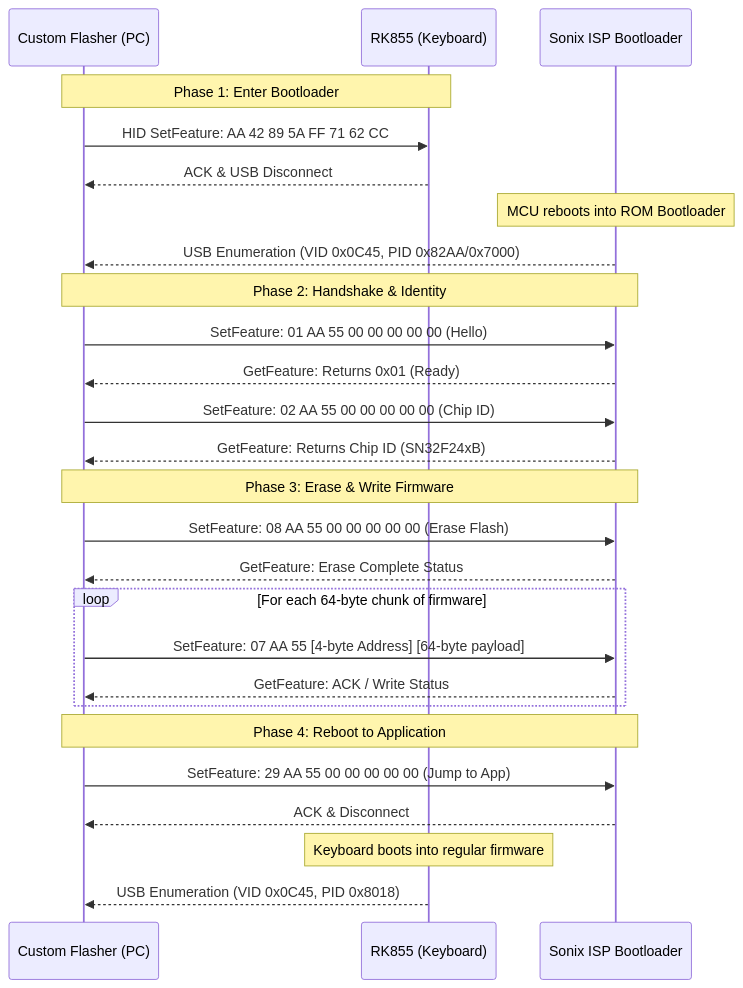
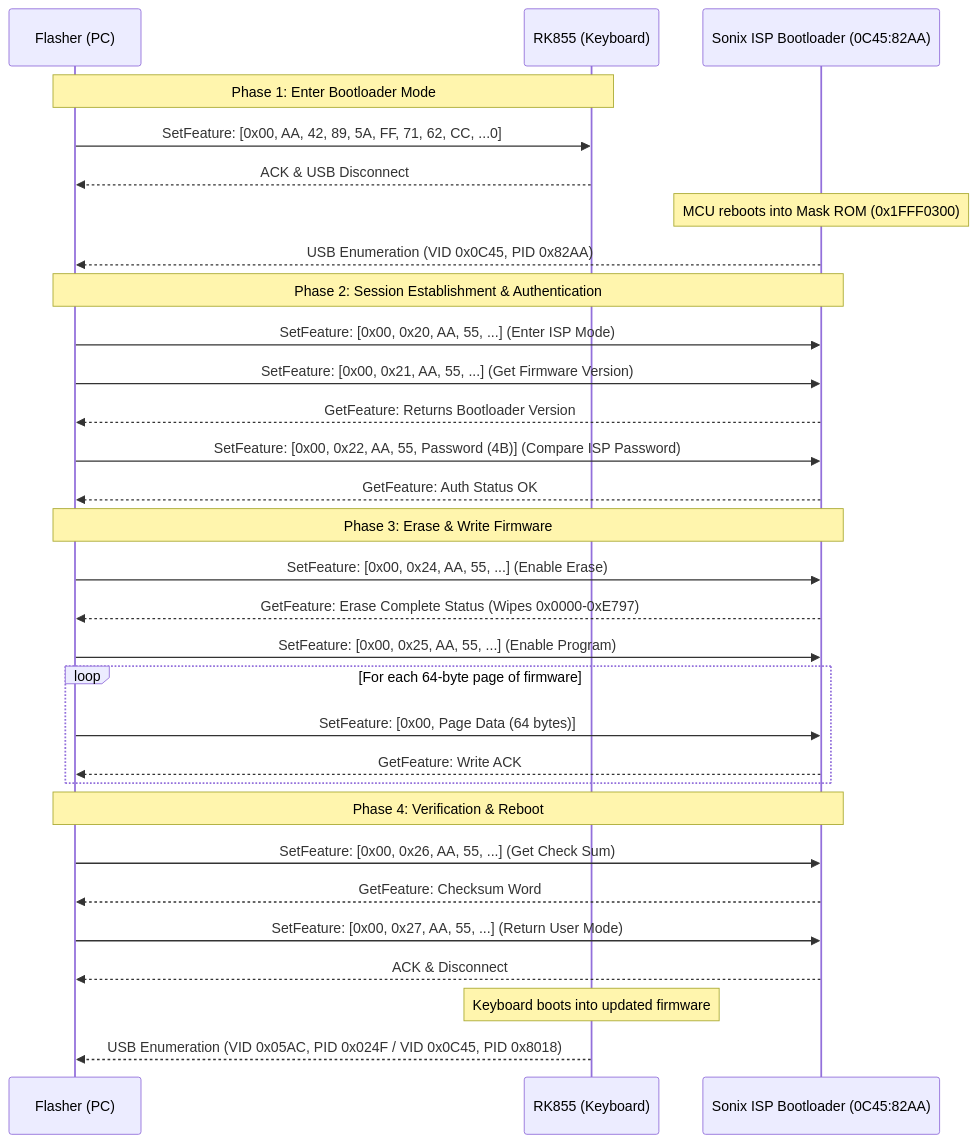
Before and after one commit to syfq91/rk855: the diagram in docs/firmware_flasher_protocol.md, drawn with Mermaid. The commit also changed other lines of this file and 10 other files, not shown here.

````diff
--- a/docs/firmware_flasher_protocol.md
+++ b/docs/firmware_flasher_protocol.md
@@ -103,32 +144,36 @@
 ```mermaid
 sequenceDiagram
-    participant Host as Custom Flasher (PC)
+    participant Host as Flasher (PC)
     participant KB as RK855 (Keyboard)
-    participant Boot as Sonix ISP Bootloader
+    participant Boot as Sonix ISP Bootloader (0C45:82AA)
 
-    Note over Host,KB: Phase 1: Enter Bootloader
-    Host->>KB: HID SetFeature: AA 42 89 5A FF 71 62 CC
+    Note over Host,KB: Phase 1: Enter Bootloader Mode
+    Host->>KB: SetFeature: [0x00, AA, 42, 89, 5A, FF, 71, 62, CC, ...0]
     KB-->>Host: ACK & USB Disconnect
-    Note over Boot: MCU reboots into ROM Bootloader
-    Boot-->>Host: USB Enumeration (VID 0x0C45, PID 0x82AA/0x7000)
+    Note over Boot: MCU reboots into Mask ROM (0x1FFF0300)
+    Boot-->>Host: USB Enumeration (VID 0x0C45, PID 0x82AA)
 
-    Note over Host,Boot: Phase 2: Handshake & Identity
-    Host->>Boot: SetFeature: 01 AA 55 00 00 00 00 00 (Hello)
-    Boot-->>Host: GetFeature: Returns 0x01 (Ready)
-    Host->>Boot: SetFeature: 02 AA 55 00 00 00 00 00 (Chip ID)
-    Boot-->>Host: GetFeature: Returns Chip ID (SN32F24xB)
+    Note over Host,Boot: Phase 2: Session Establishment & Authentication
+    Host->>Boot: SetFeature: [0x00, 0x20, AA, 55, ...] (Enter ISP Mode)
+    Host->>Boot: SetFeature: [0x00, 0x21, AA, 55, ...] (Get Firmware Version)
+    Boot-->>Host: GetFeature: Returns Bootloader Version
+    Host->>Boot: SetFeature: [0x00, 0x22, AA, 55, Password (4B)] (Compare ISP Password)
+    Boot-->>Host: GetFeature: Auth Status OK
 
     Note over Host,Boot: Phase 3: Erase & Write Firmware
-    Host->>Boot: SetFeature: 08 AA 55 00 00 00 00 00 (Erase Flash)
-    Boot-->>Host: GetFeature: Erase Complete Status
-    loop For each 64-byte chunk of firmware
-        Host->>Boot: SetFeature: 07 AA 55 [4-byte Address] [64-byte payload]
-        Boot-->>Host: GetFeature: ACK / Write Status
+    Host->>Boot: SetFeature: [0x00, 0x24, AA, 55, ...] (Enable Erase)
+    Boot-->>Host: GetFeature: Erase Complete Status (Wipes 0x0000-0xE797)
+    Host->>Boot: SetFeature: [0x00, 0x25, AA, 55, ...] (Enable Program)
+    loop For each 64-byte page of firmware
+        Host->>Boot: SetFeature: [0x00, Page Data (64 bytes)]
+        Boot-->>Host: GetFeature: Write ACK
     end
 
-    Note over Host,Boot: Phase 4: Reboot to Application
-    Host->>Boot: SetFeature: 29 AA 55 00 00 00 00 00 (Jump to App)
+    Note over Host,Boot: Phase 4: Verification & Reboot
+    Host->>Boot: SetFeature: [0x00, 0x26, AA, 55, ...] (Get Check Sum)
+    Boot-->>Host: GetFeature: Checksum Word
+    Host->>Boot: SetFeature: [0x00, 0x27, AA, 55, ...] (Return User Mode)
     Boot-->>Host: ACK & Disconnect
-    Note over KB: Keyboard boots into regular firmware
-    KB-->>Host: USB Enumeration (VID 0x0C45, PID 0x8018)
+    Note over KB: Keyboard boots into updated firmware
+    KB-->>Host: USB Enumeration (VID 0x05AC, PID 0x024F / VID 0x0C45, PID 0x8018)
 ```
````
